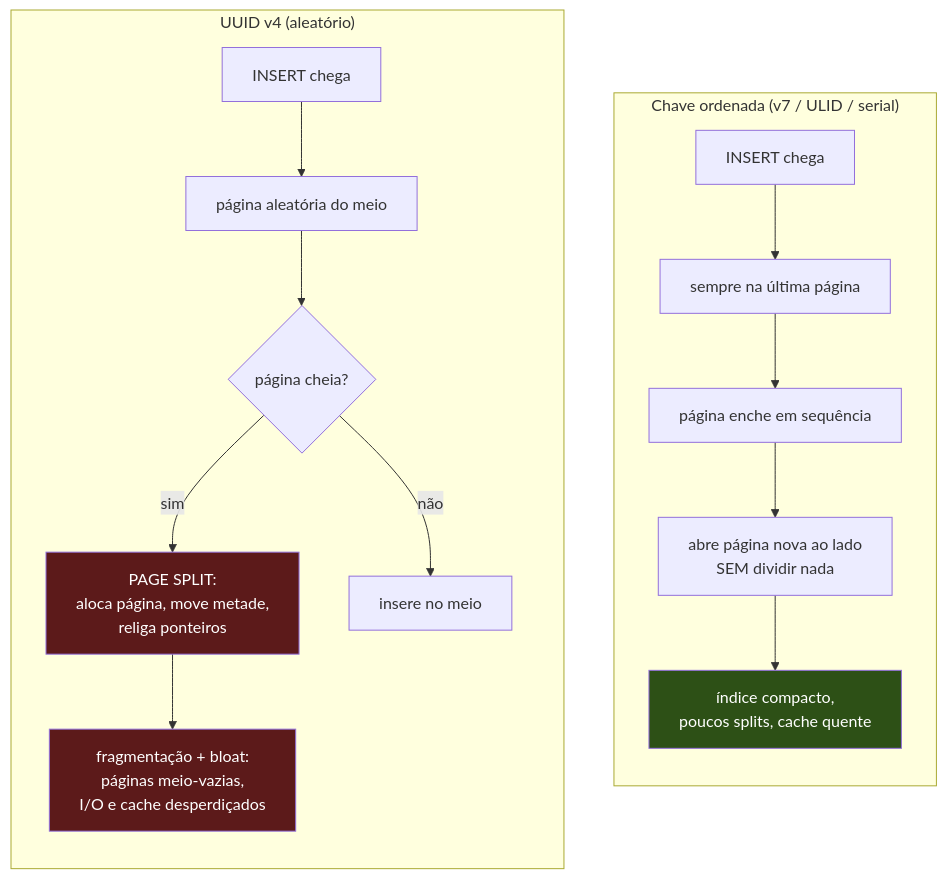
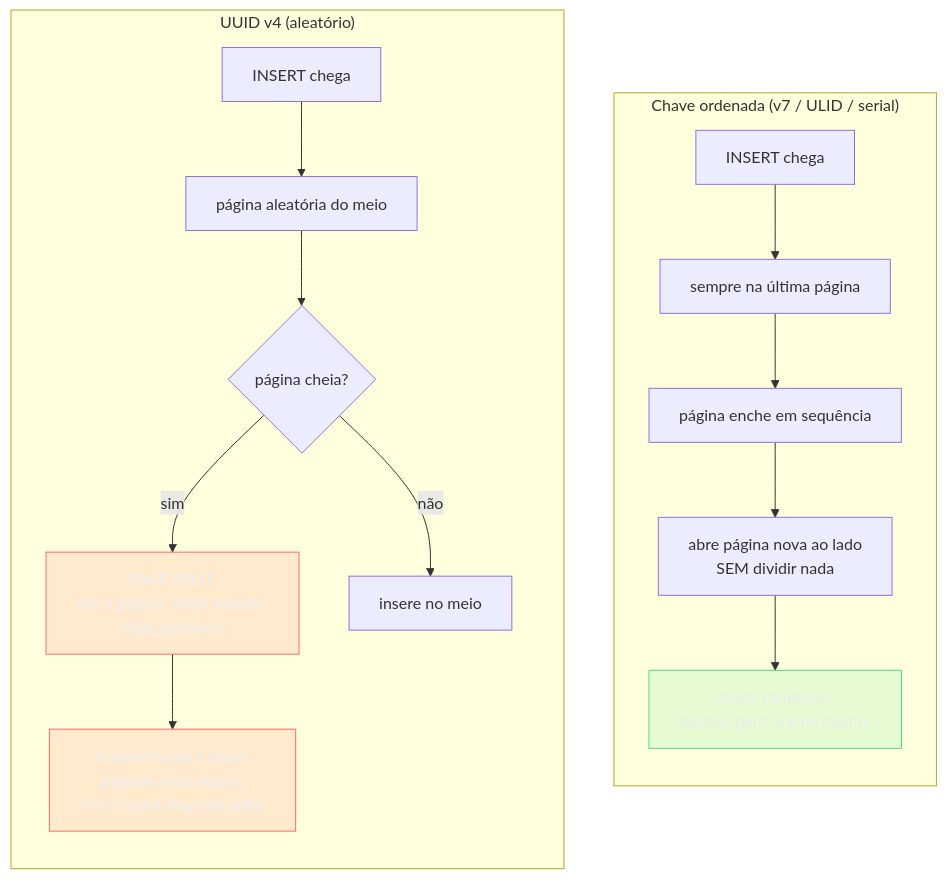
One commit to josenaldo/codex-technomanticus changed the sixth of 6 diagrams in 03-Dominios/Ciência/Banco de Dados/04 - Modelagem e normalização.md. Above: the diagram before and after it, drawn with Mermaid. The commit also changed other lines of this file and 1181 other files, not shown here.

First line of the commit message:
fix(diagramas): paleta do sistema no lugar de cor cravada no markdown

````diff
--- a/03-Dominios/Ciência/Banco de Dados/04 - Modelagem e normalização.md
+++ b/03-Dominios/Ciência/Banco de Dados/04 - Modelagem e normalização.md
@@ -344,22 +347,24 @@
 ```mermaid
 flowchart TD
+    classDef ok fill:#4ADE8021,stroke:#4ADE80,color:#E9ECF2
+    classDef falha fill:#FF6B6B24,stroke:#FF6B6B,color:#E9ECF2
     subgraph seq["Chave ordenada (v7 / ULID / serial)"]
         direction TB
         I1["INSERT chega"] --> END["sempre na última página"]
         END --> FILL["página enche em sequência"]
         FILL --> NEW["abre página nova ao lado<br/>SEM dividir nada"]
         NEW --> GOOD["índice compacto,<br/>poucos splits, cache quente"]
     end
     subgraph rnd["UUID v4 (aleatório)"]
         direction TB
         I2["INSERT chega"] --> RANDOM["página aleatória do meio"]
         RANDOM --> FULL{"página cheia?"}
         FULL -->|sim| SPLIT["PAGE SPLIT:<br/>aloca página, move metade,<br/>religa ponteiros"]
         FULL -->|não| INSERT["insere no meio"]
         SPLIT --> BLOAT["fragmentação + bloat:<br/>páginas meio-vazias,<br/>I/O e cache desperdiçados"]
     end
 
-    style GOOD fill:#2d5016,color:#fff
-    style BLOAT fill:#5c1a1a,color:#fff
-    style SPLIT fill:#5c1a1a,color:#fff
+    class GOOD ok
+    class BLOAT falha
+    class SPLIT falha
 ```
````
